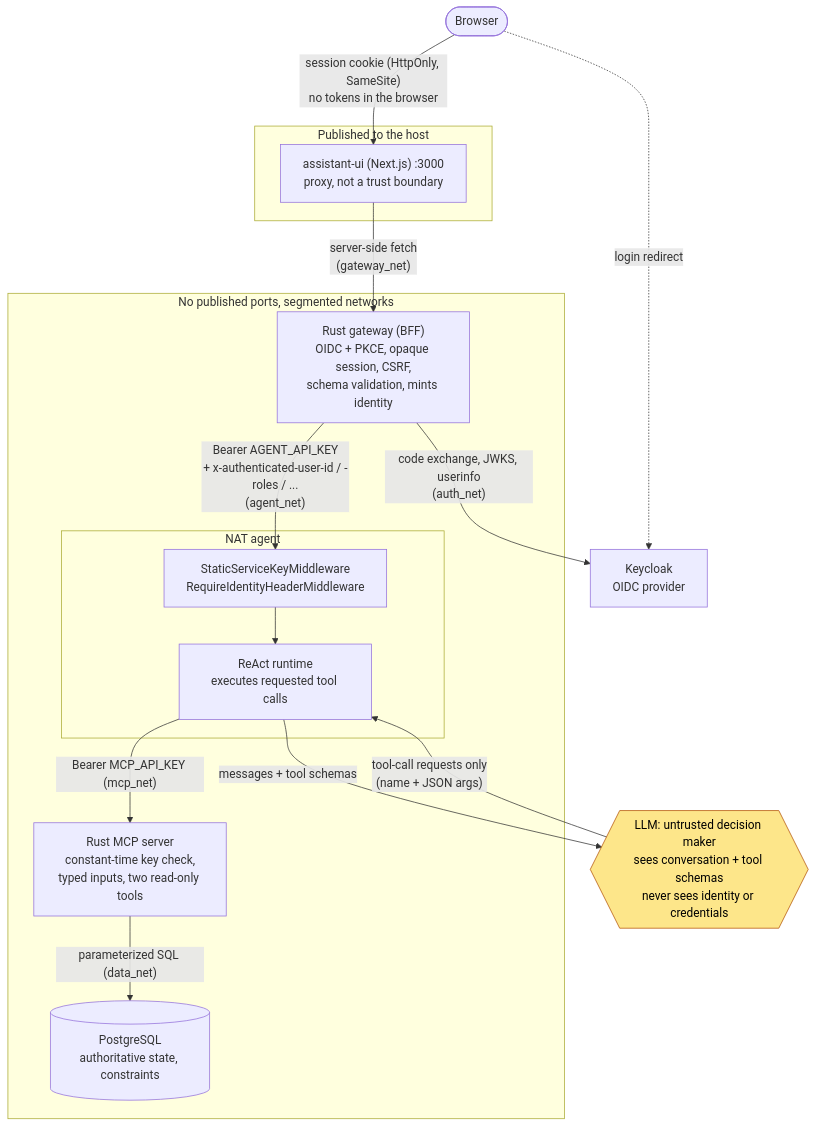
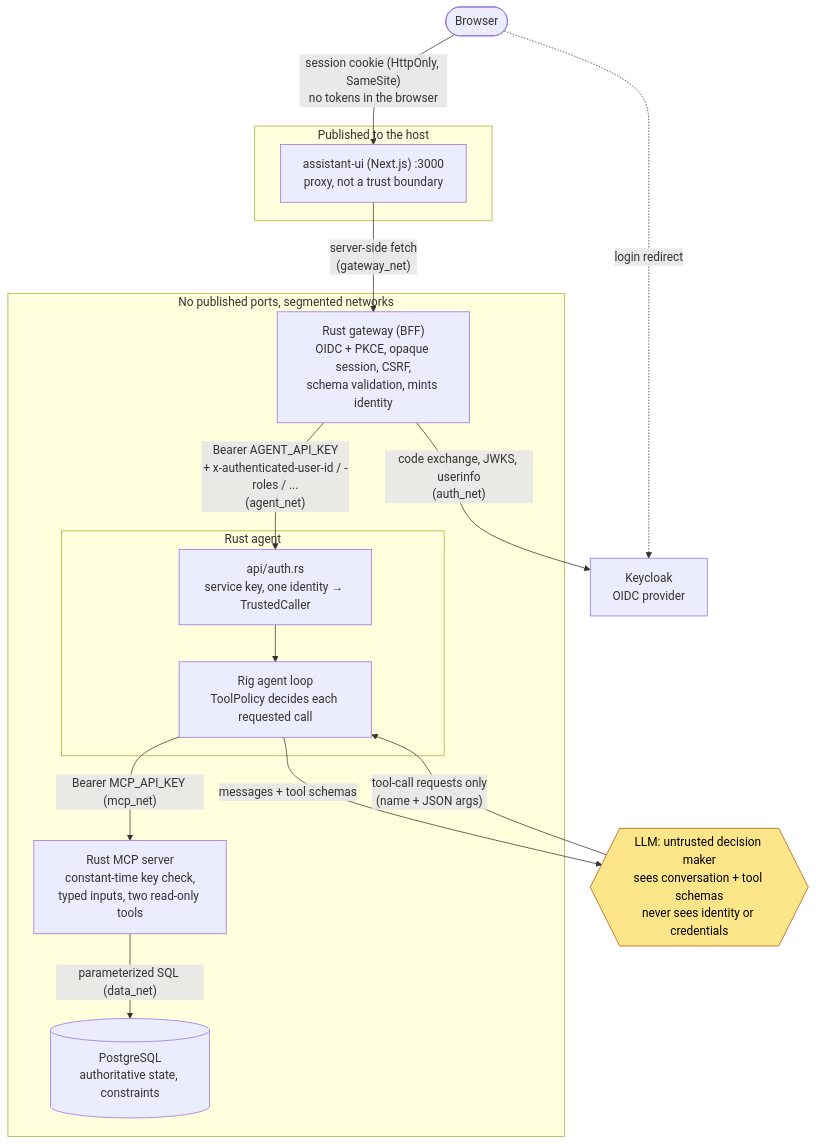
The diagram in docs/concepts/07-security-and-trust-boundaries.md (cognokratos/simple-agent-template), drawn with Mermaid before and after one commit. The commit also changed other lines of this file and 150 other files, not shown here.

First line of the commit message:
Promote the Rig + Rust agent to main and rewrite the curriculum around it (#12)

````diff
--- a/docs/concepts/07-security-and-trust-boundaries.md
+++ b/docs/concepts/07-security-and-trust-boundaries.md
@@ -19,35 +19,35 @@
 ```mermaid
 flowchart TB
     B([Browser])
     KC[Keycloak<br/>OIDC provider]
 
     subgraph EDGE [Published to the host]
         UI["assistant-ui (Next.js) :3000<br/>proxy, not a trust boundary"]
     end
 
     subgraph INTERNAL [No published ports, segmented networks]
         GW["Rust gateway (BFF)<br/>OIDC + PKCE, opaque session, CSRF,<br/>schema validation, mints identity"]
-        subgraph AGENT [NAT agent]
-            MW["StaticServiceKeyMiddleware<br/>RequireIdentityHeaderMiddleware"]
-            RT["ReAct runtime<br/>executes requested tool calls"]
+        subgraph AGENT [Rust agent]
+            MW["api/auth.rs<br/>service key, one identity → TrustedCaller"]
+            RT["Rig agent loop<br/>ToolPolicy decides each requested call"]
         end
         MCP["Rust MCP server<br/>constant-time key check,<br/>typed inputs, two read-only tools"]
         DB[("PostgreSQL<br/>authoritative state, constraints")]
     end
 
     B -- "session cookie (HttpOnly, SameSite)<br/>no tokens in the browser" --> UI
     B -. "login redirect" .-> KC
     GW -- "code exchange, JWKS, userinfo<br/>(auth_net)" --> KC
     UI -- "server-side fetch<br/>(gateway_net)" --> GW
     LLMBOX{{"LLM: untrusted decision maker<br/>sees conversation + tool schemas<br/>never sees identity or credentials"}}
 
     GW -- "Bearer AGENT_API_KEY<br/>+ x-authenticated-user-id / -roles / ...<br/>(agent_net)" --> MW
     MW --> RT
     RT -- "messages + tool schemas" --> LLMBOX
     LLMBOX -- "tool-call requests only<br/>(name + JSON args)" --> RT
     RT -- "Bearer MCP_API_KEY (mcp_net)" --> MCP
     MCP -- "parameterized SQL (data_net)" --> DB
 
     classDef prob fill:#fde68a,stroke:#b45309,color:#000
     class LLMBOX prob
 ```
````
